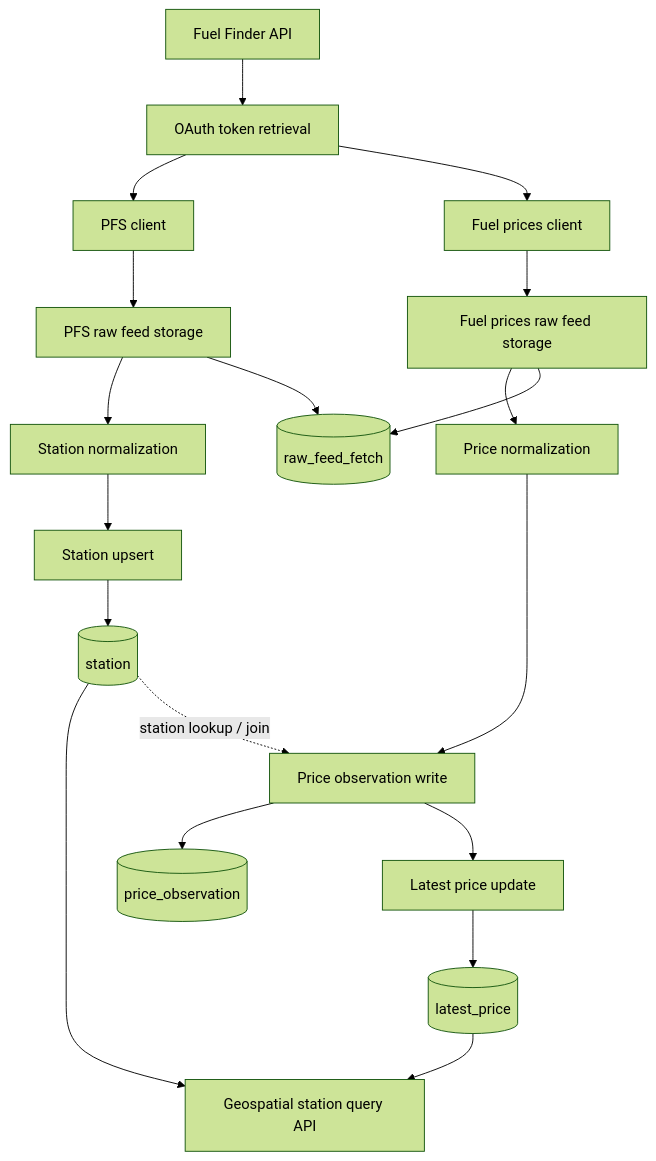
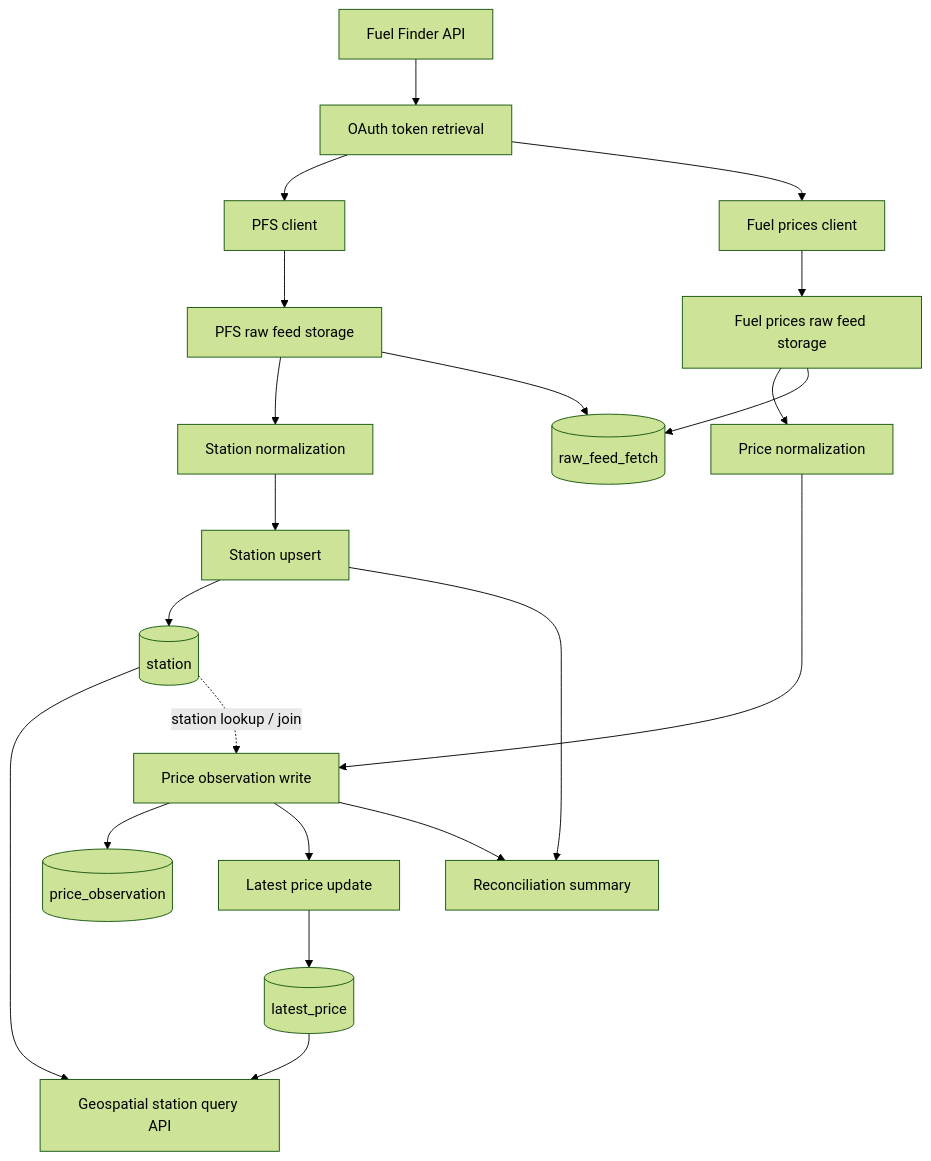
One commit to bellisaidev/fuel-finder changed the diagram in README.md. Above: the diagram before and after it, drawn with Mermaid (forest theme). The commit also changed other lines of this file and 2 other files, not shown here.

Commit message:
Document ingestion reconciliation and API references

````diff
--- a/README.md
+++ b/README.md
@@ -69,23 +70,25 @@
 ```mermaid
 flowchart TD
     A[Fuel Finder API] --> B[OAuth token retrieval]
     B --> C[PFS client]
     B --> D[Fuel prices client]
 
     C --> E[PFS raw feed storage]
     E --> F[Station normalization]
     F --> G[Station upsert]
     G --> H[(station)]
     E --> I[(raw_feed_fetch)]
 
     D --> J[Fuel prices raw feed storage]
     J --> K[Price normalization]
     K --> L[Price observation write]
     L --> M[(price_observation)]
     L --> N[Latest price update]
     N --> O[(latest_price)]
     H --> P[Geospatial station query API]
     O --> P
     H -. station lookup / join .-> L
     J --> I
+    G --> Q[Reconciliation summary]
+    L --> Q
 ```
````
